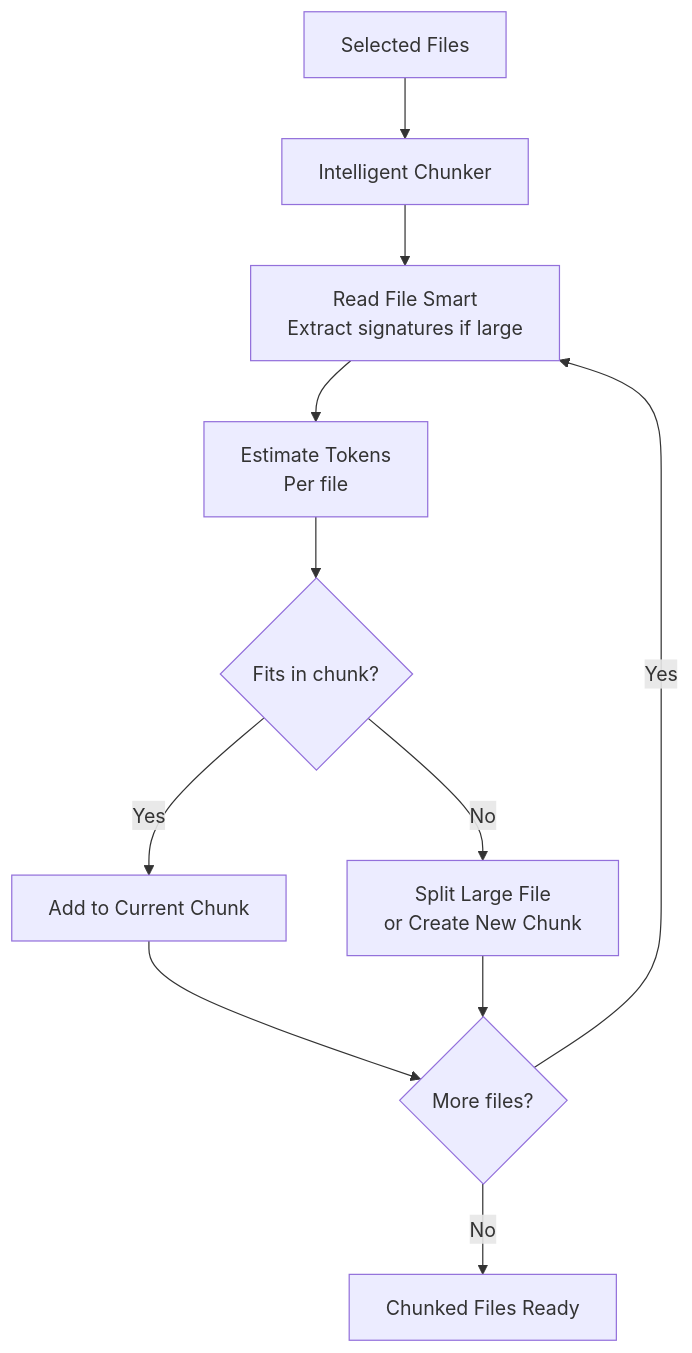
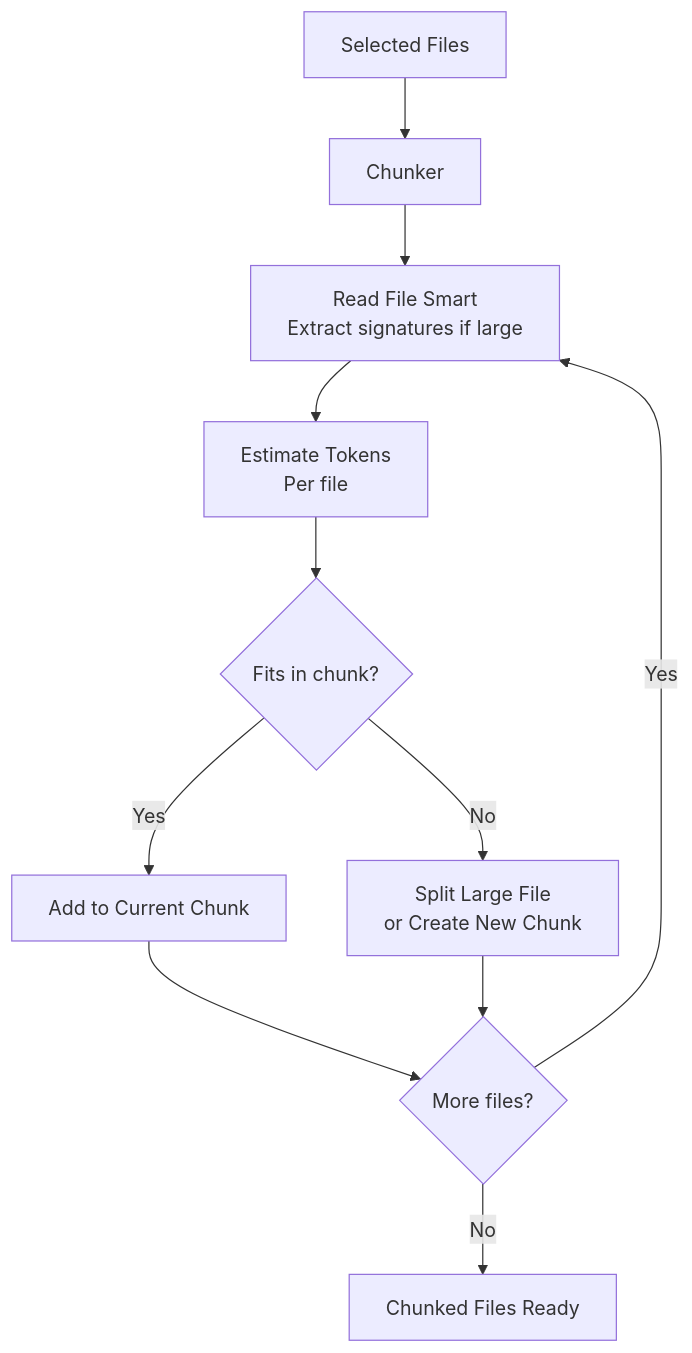
The third of 4 diagrams in docs/architecture.md (ashmere/docgenai), drawn with Mermaid before and after one commit. The commit also changed other lines of this file, not shown here.

First line of the commit message:
docs: update architecture documentation to reflect current clean architecture

````diff
--- a/docs/architecture.md
+++ b/docs/architecture.md
@@ -73,16 +73,16 @@
 ```mermaid
 graph TD
-    SELECTED[Selected Files] --> IC[Intelligent Chunker]
+    SELECTED[Selected Files] --> IC[Chunker]
     IC --> READ[Read File Smart<br/>Extract signatures if large]
     READ --> ESTIMATE[Estimate Tokens<br/>Per file]
     ESTIMATE --> DECISION{Fits in chunk?}
 
     DECISION -->|Yes| ADD[Add to Current Chunk]
     DECISION -->|No| SPLIT[Split Large File<br/>or Create New Chunk]
 
     ADD --> NEXT{More files?}
     SPLIT --> NEXT
 
     NEXT -->|Yes| READ
     NEXT -->|No| CHUNKS[Chunked Files Ready]
 ```
````
